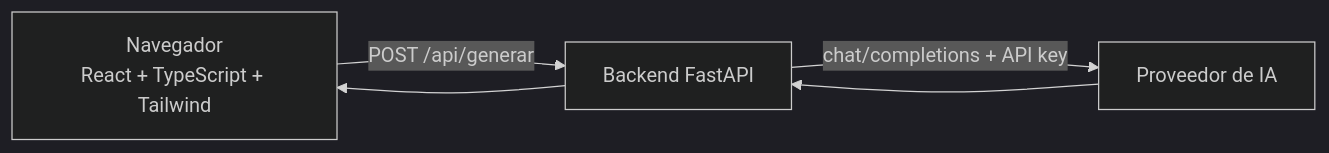
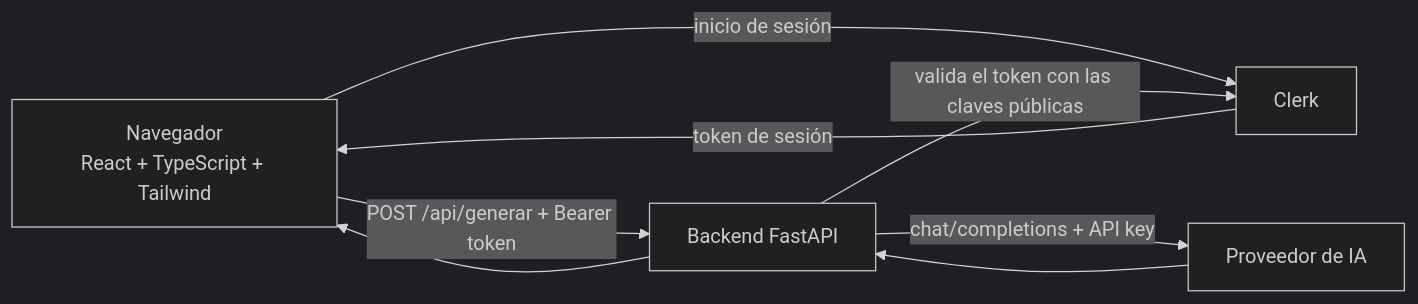
The diagram in README.md (AlexPuertas/Proyecto-Explotacion-y-despliegue-de-una-aplicacion-con-IA), drawn with Mermaid (dark theme) before and after one commit. The commit also changed other lines of this file and 10 other files, not shown here.

````diff
--- a/README.md
+++ b/README.md
@@ -11,6 +11,9 @@
 ```mermaid
 flowchart LR
-    N[Navegador<br/>React + TypeScript + Tailwind] -->|POST /api/generar| B[Backend FastAPI]
+    N[Navegador<br/>React + TypeScript + Tailwind] -->|inicio de sesión| C[Clerk]
+    C -->|token de sesión| N
+    N -->|POST /api/generar + Bearer token| B[Backend FastAPI]
+    B -->|valida el token con las claves públicas| C
     B -->|chat/completions + API key| IA[Proveedor de IA]
     IA --> B --> N
 ```
````
